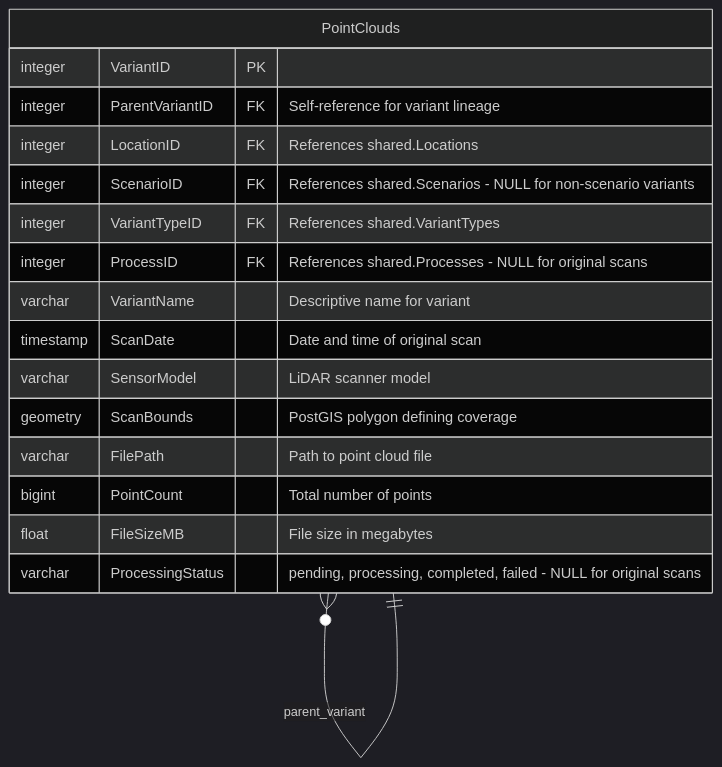
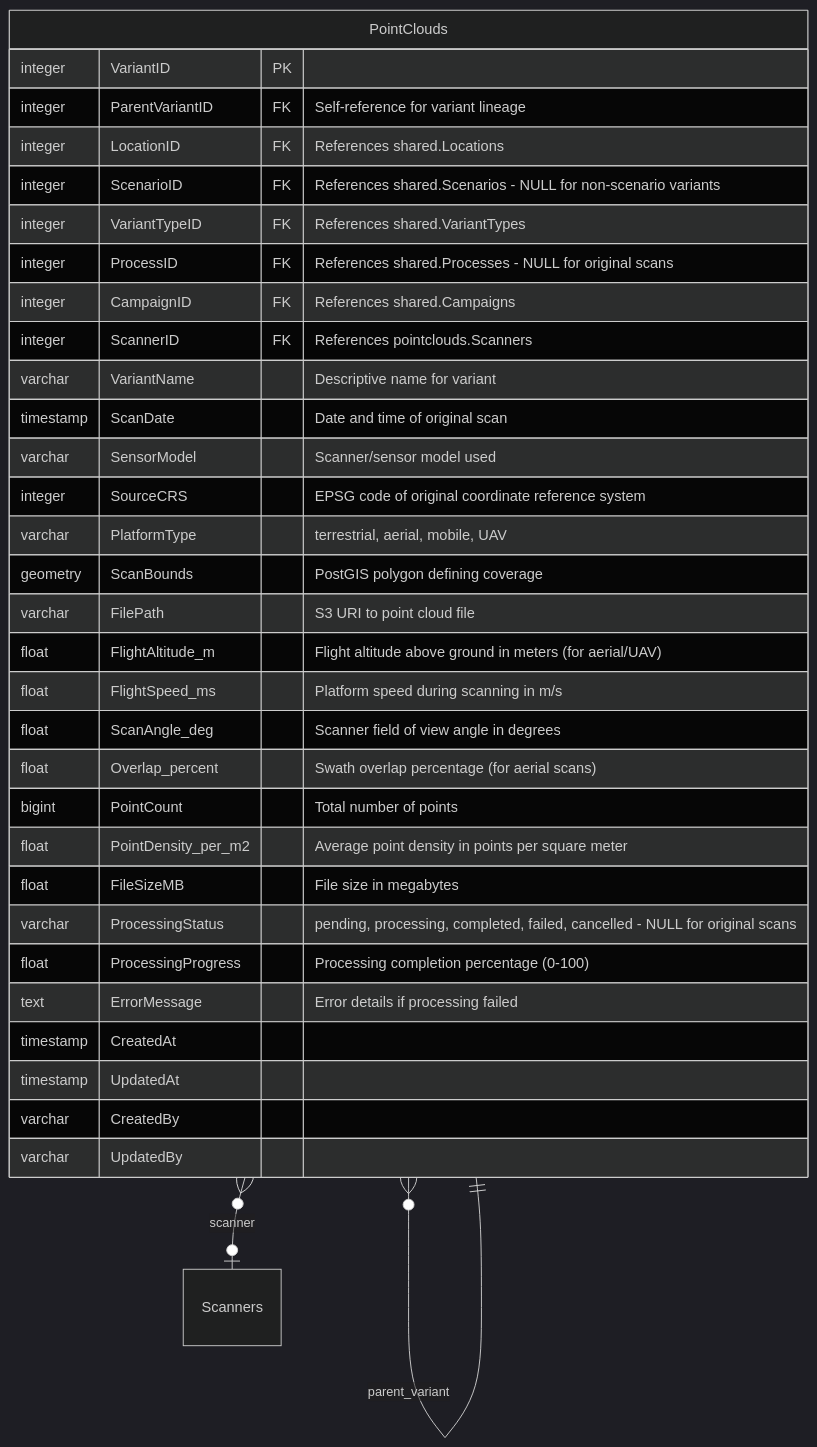
Before and after one commit to XRFutureForests/digital-twin-db: diagram 12 of 20 in docs/database-schema.md, drawn with Mermaid (dark theme). The commit also changed other lines of this file and 25 other files, not shown here.

Commit message:
feat: Add Campaigns table for data collection events and enhance Trees schema with new measurement fields

````diff
--- a/docs/database-schema.md
+++ b/docs/database-schema.md
@@ -340,21 +524,37 @@
 ```mermaid
 erDiagram
     PointClouds {
         integer VariantID PK
         integer ParentVariantID FK "Self-reference for variant lineage"
         integer LocationID FK "References shared.Locations"
         integer ScenarioID FK "References shared.Scenarios - NULL for non-scenario variants"
         integer VariantTypeID FK "References shared.VariantTypes"
         integer ProcessID FK "References shared.Processes - NULL for original scans"
+        integer CampaignID FK "References shared.Campaigns"
+        integer ScannerID FK "References pointclouds.Scanners"
         varchar VariantName "Descriptive name for variant"
         timestamp ScanDate "Date and time of original scan"
-        varchar SensorModel "LiDAR scanner model"
+        varchar SensorModel "Scanner/sensor model used"
+        integer SourceCRS "EPSG code of original coordinate reference system"
+        varchar PlatformType "terrestrial, aerial, mobile, UAV"
         geometry ScanBounds "PostGIS polygon defining coverage"
-        varchar FilePath "Path to point cloud file"
+        varchar FilePath "S3 URI to point cloud file"
+        float FlightAltitude_m "Flight altitude above ground in meters (for aerial/UAV)"
+        float FlightSpeed_ms "Platform speed during scanning in m/s"
+        float ScanAngle_deg "Scanner field of view angle in degrees"
+        float Overlap_percent "Swath overlap percentage (for aerial scans)"
         bigint PointCount "Total number of points"
+        float PointDensity_per_m2 "Average point density in points per square meter"
         float FileSizeMB "File size in megabytes"
-        varchar ProcessingStatus "pending, processing, completed, failed - NULL for original scans"
+        varchar ProcessingStatus "pending, processing, completed, failed, cancelled - NULL for original scans"
+        float ProcessingProgress "Processing completion percentage (0-100)"
+        text ErrorMessage "Error details if processing failed"
+        timestamp CreatedAt
+        timestamp UpdatedAt
+        varchar CreatedBy
+        varchar UpdatedBy
     }
 
     PointClouds }o--|| PointClouds : "parent_variant"
+    PointClouds }o--o| Scanners : "scanner"
 ```
````
